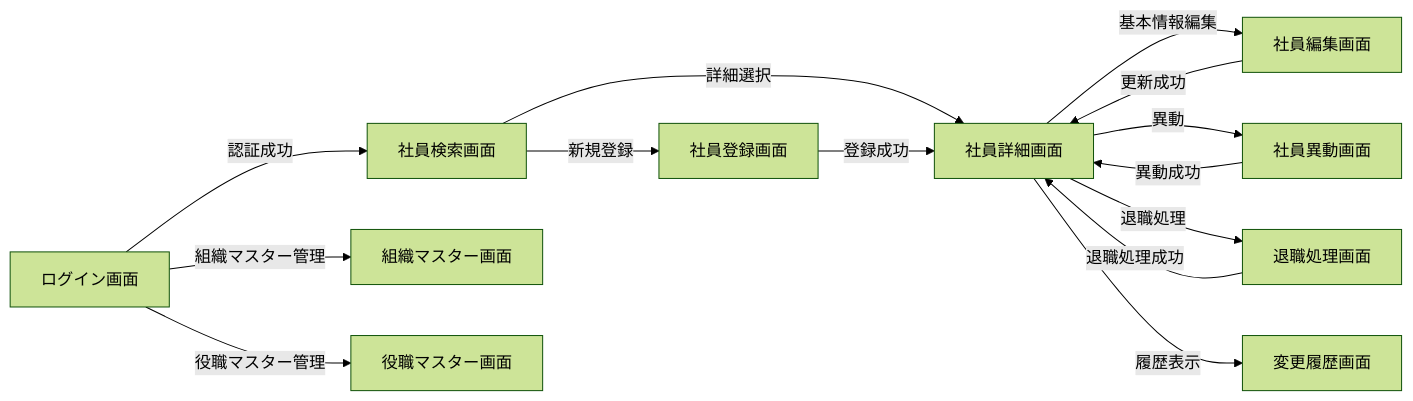
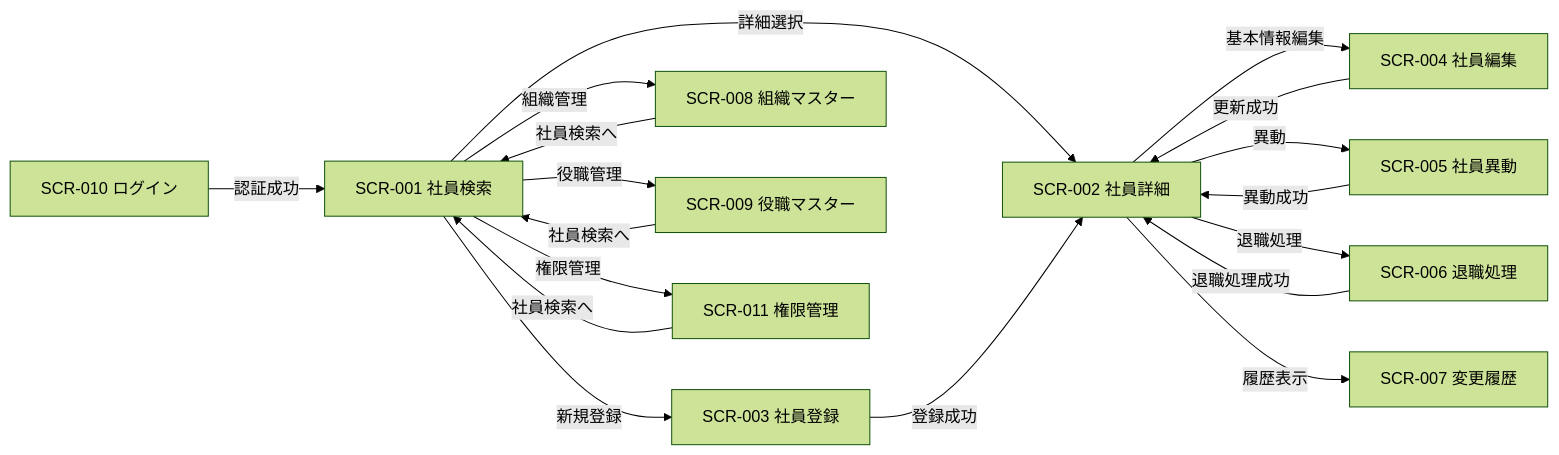
The diagram in 統合設計書/社員名簿管理システム/04_画面設計.md (sikakou54/system-document-template), drawn with Mermaid (forest theme) before and after one commit. The commit also changed other lines of this file and 40 other files, not shown here.

````diff
--- a/統合設計書/社員名簿管理システム/04_画面設計.md
+++ b/統合設計書/社員名簿管理システム/04_画面設計.md
@@ -24,16 +49,20 @@
 ```mermaid
 flowchart LR
-    SCR010["ログイン画面"] -->|認証成功| SCR001["社員検索画面"]
-    SCR001 -->|詳細選択| SCR002["社員詳細画面"]
-    SCR001 -->|新規登録| SCR003["社員登録画面"]
-    SCR002 -->|基本情報編集| SCR004["社員編集画面"]
-    SCR002 -->|異動| SCR005["社員異動画面"]
-    SCR002 -->|退職処理| SCR006["退職処理画面"]
-    SCR002 -->|履歴表示| SCR007["変更履歴画面"]
+    SCR010["SCR-010 ログイン"] -->|認証成功| SCR001["SCR-001 社員検索"]
+    SCR001 -->|詳細選択| SCR002["SCR-002 社員詳細"]
+    SCR001 -->|新規登録| SCR003["SCR-003 社員登録"]
+    SCR002 -->|基本情報編集| SCR004["SCR-004 社員編集"]
+    SCR002 -->|異動| SCR005["SCR-005 社員異動"]
+    SCR002 -->|退職処理| SCR006["SCR-006 退職処理"]
+    SCR002 -->|履歴表示| SCR007["SCR-007 変更履歴"]
     SCR003 -->|登録成功| SCR002
     SCR004 -->|更新成功| SCR002
     SCR005 -->|異動成功| SCR002
     SCR006 -->|退職処理成功| SCR002
-    SCR010 -->|組織マスター管理| SCR008["組織マスター画面"]
-    SCR010 -->|役職マスター管理| SCR009["役職マスター画面"]
+    SCR008["SCR-008 組織マスター"] -->|社員検索へ| SCR001
+    SCR009["SCR-009 役職マスター"] -->|社員検索へ| SCR001
+    SCR011["SCR-011 権限管理"] -->|社員検索へ| SCR001
+    SCR001 -->|組織管理| SCR008
+    SCR001 -->|役職管理| SCR009
+    SCR001 -->|権限管理| SCR011
 ```
````
